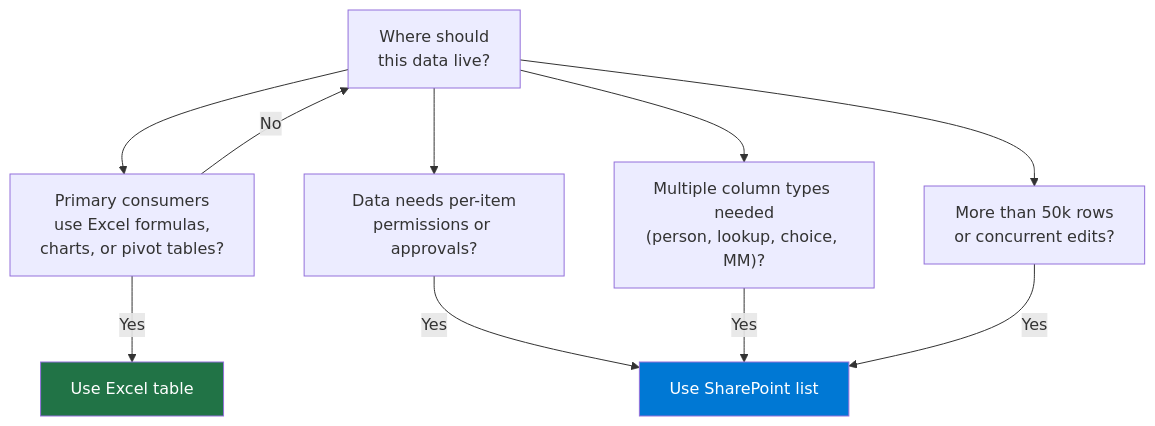
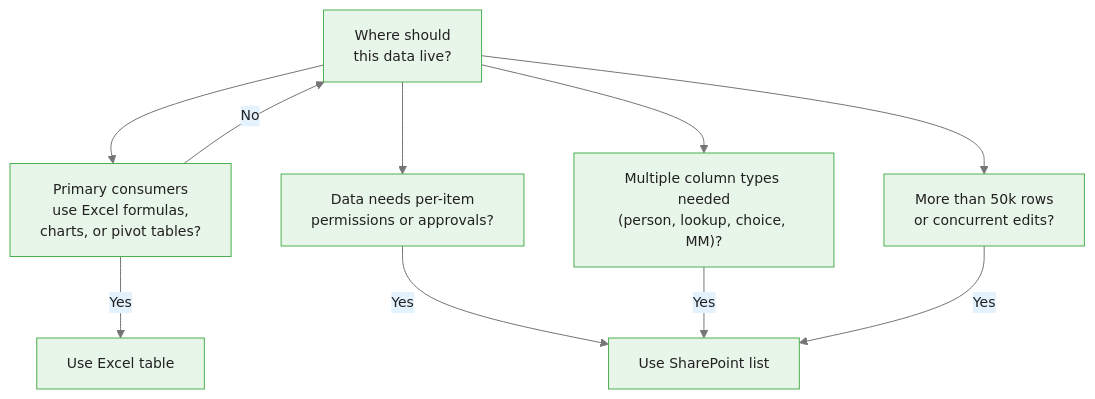
Before and after one commit to m-deane/course-creator: the sixth of 7 diagrams in courses/power-automate/modules/module_05_sharepoint_excel/guides/02_excel_integration_slides.md, drawn with Mermaid. The commit also changed other lines of this file and 72 other files, not shown here.

````diff
--- a/courses/power-automate/modules/module_05_sharepoint_excel/guides/02_excel_integration_slides.md
+++ b/courses/power-automate/modules/module_05_sharepoint_excel/guides/02_excel_integration_slides.md
@@ -205,15 +226,14 @@
 ```mermaid
+%%{init: {"theme": "base", "themeVariables": {"primaryColor": "#e8f5e9", "primaryBorderColor": "#4caf50", "primaryTextColor": "#212121", "secondaryColor": "#e3f2fd", "tertiaryColor": "#fff8e1", "lineColor": "#757575", "fontFamily": "Inter, sans-serif", "fontSize": "14px"}}}%%
 graph TD
     Q["Where should\nthis data live?"]
     Q --> F1["Primary consumers\nuse Excel formulas,\ncharts, or pivot tables?"]
     Q --> F2["Data needs per-item\npermissions or approvals?"]
     Q --> F3["Multiple column types needed\n(person, lookup, choice, MM)?"]
     Q --> F4["More than 50k rows\nor concurrent edits?"]
     F1 -->|Yes| EX["Use Excel table"]
     F2 -->|Yes| SP["Use SharePoint list"]
     F3 -->|Yes| SP
     F4 -->|Yes| SP
     F1 -->|No| Q
-    style EX fill:#217346,color:#fff
-    style SP fill:#0078D4,color:#fff
 ```
````
